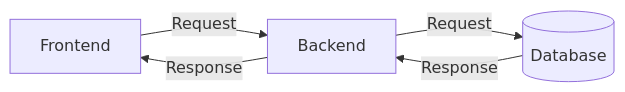
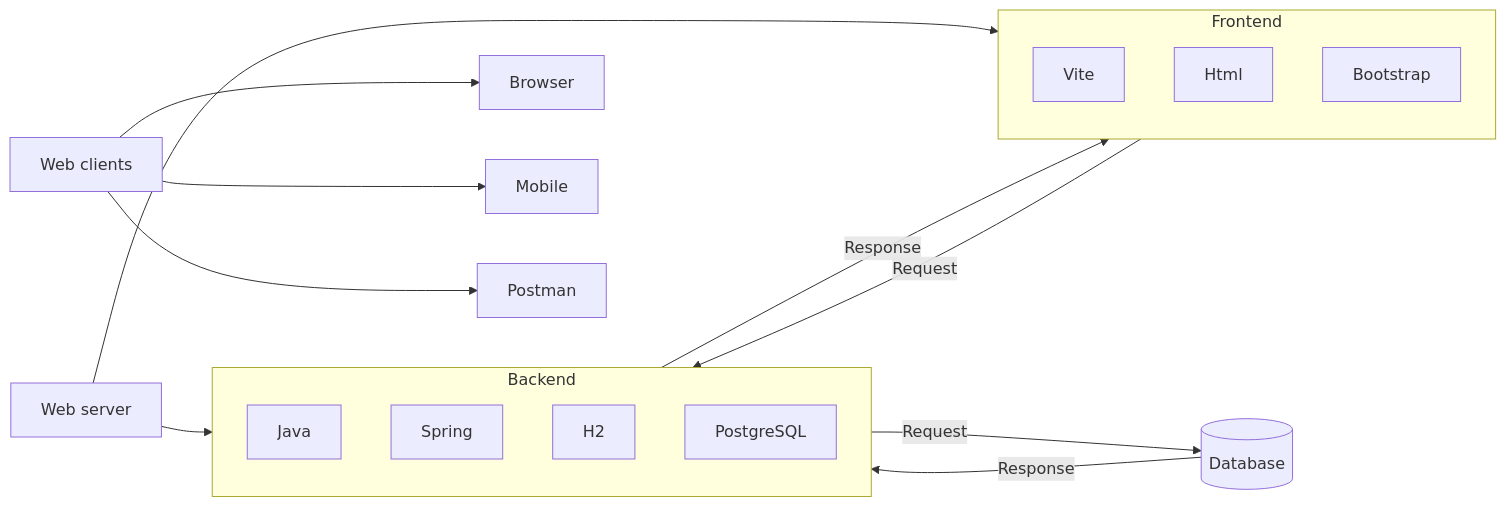
One commit to software-development-project-1/project-template changed the first of 2 diagrams in README.md. Above: the diagram before and after it, drawn with Mermaid.

````diff
--- a/README.md
+++ b/README.md
@@ -61,7 +61,23 @@
   ```mermaid
 graph LR;
+    WebClients1[Web clients] --> Browser;
+    WebClients1 --> Mobile;
+    WebClients1 --> Postman;
+    WebServer[Web server] --> Frontend;
+    WebServer --> Backend;
     Frontend -->|Request| Backend;
     Backend -->|Request| id1[(Database)];
     id1 -->|Response| Backend;
     Backend -->|Response| Frontend;
+    subgraph Frontend
+        Vite;
+        Html;
+        Bootstrap;
+    end
+    subgraph Backend
+        Java;
+        Spring;
+        H2;
+        PostgreSQL;
+    end
 ```
````
